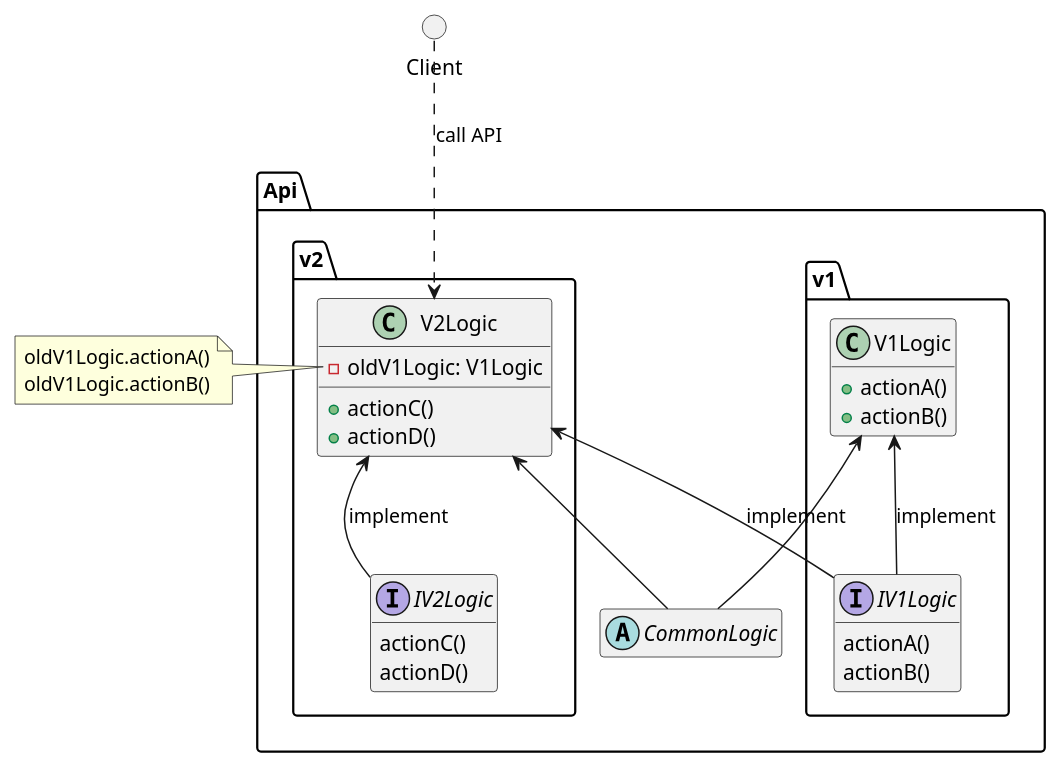
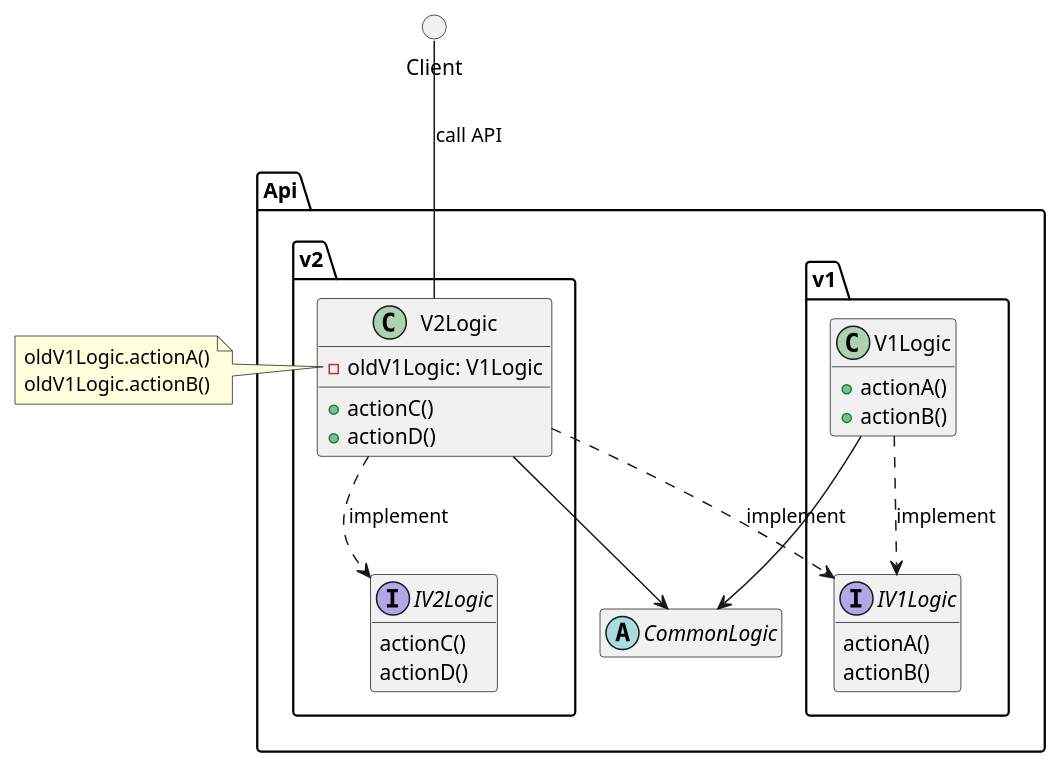
Before and after one commit to huntertran/concordia-thesis-topic: the diagram in justifications/ApiVersioning/ApiVersioningImplementation.puml, drawn with PlantUML. The commit also changed 2 other files, not shown here.

Commit message:
fix API versioning diagrams update part A survey preview link

```diff
--- a/justifications/ApiVersioning/ApiVersioningImplementation.puml
+++ b/justifications/ApiVersioning/ApiVersioningImplementation.puml
@@ -1,46 +1,48 @@
 @startuml ApiVersioning
+
+' skinparam linetype ortho
 
 hide empty members
 
 circle Client
 
 package Api {
     abstract class CommonLogic
 
     package v1 {
         interface IV1Logic {
             actionA()
             actionB()
         }
         class V1Logic{
             +actionA()
             +actionB()
         }
     }
 
     package v2 {
         interface IV2Logic {
             actionC()
             actionD()
         }
         class V2Logic {
             -oldV1Logic: V1Logic
             +actionC()
             +actionD()
         }
     }
 }
 
-V1Logic <-- CommonLogic
-V1Logic <-- IV1Logic : implement
-V2Logic <-- CommonLogic
-V2Logic <-- IV2Logic : implement
-V2Logic <-- IV1Logic : implement
+V1Logic --> CommonLogic
+V1Logic ..> IV1Logic : implement
+V2Logic --> CommonLogic
+V2Logic ..> IV2Logic : implement
+V2Logic ..> IV1Logic : implement
 
-Client ..> V2Logic : call API
+Client -- V2Logic : call API
 note left of V2Logic::oldV1Logic
     oldV1Logic.actionA()
     oldV1Logic.actionB()
 endnote
 
 @enduml
```
